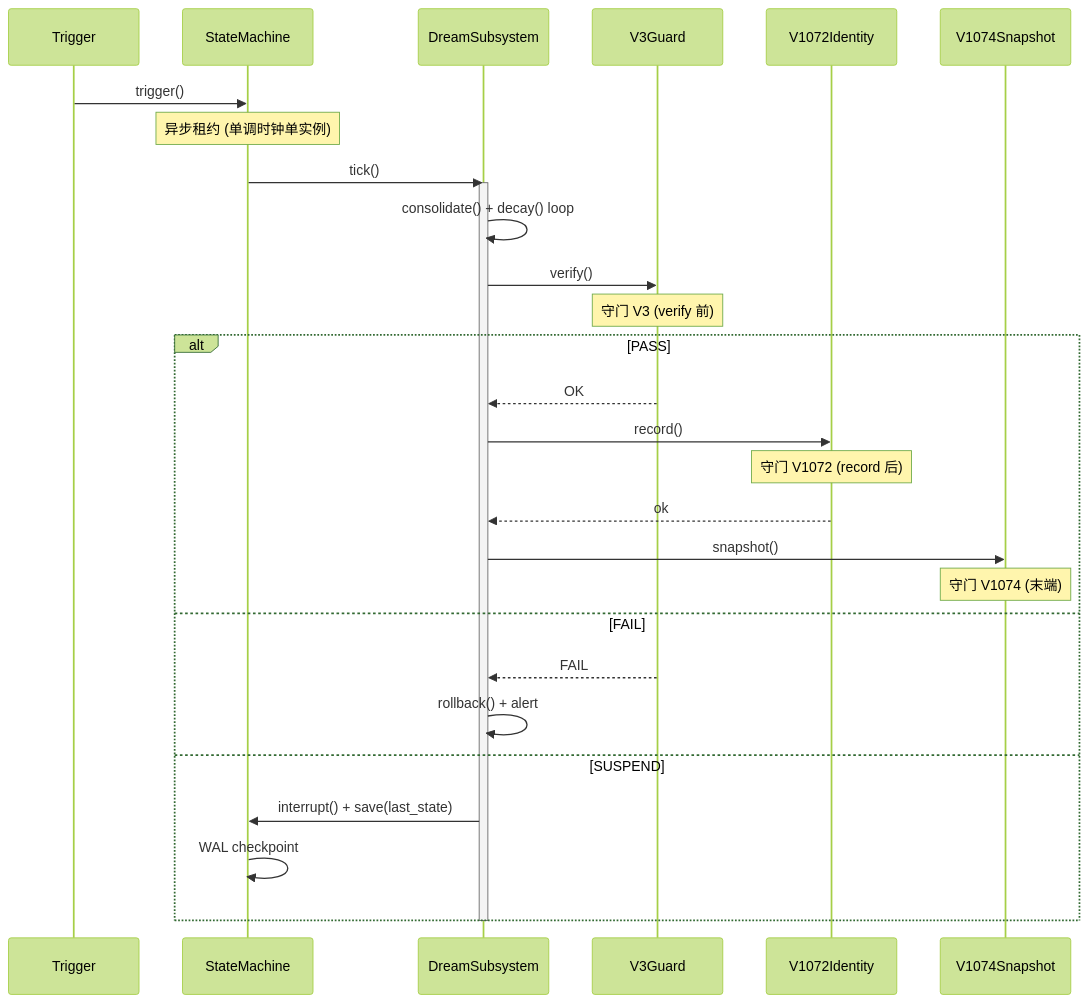
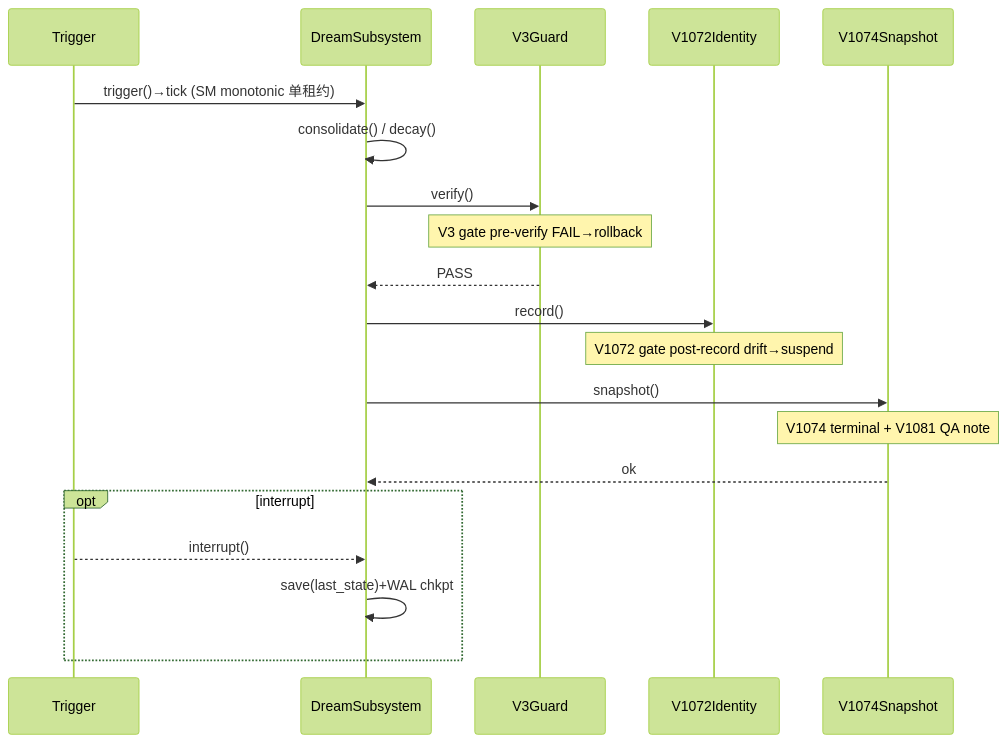
Before and after one commit to Apeireth/Apeireth: the first of 3 diagrams in reports/r7-wf-02-sequence-diagrams.md, drawn with Mermaid (forest theme). The commit also changed other lines of this file and 190 other files, not shown here.

````diff
--- a/reports/r7-wf-02-sequence-diagrams.md
+++ b/reports/r7-wf-02-sequence-diagrams.md
@@ -7,31 +8,22 @@
 ```mermaid
 sequenceDiagram
     participant T as Trigger
-    participant SM as StateMachine
-    participant DS as DreamSubsystem
+    participant D as DreamSubsystem
     participant V3 as V3Guard
     participant I as V1072Identity
     participant S as V1074Snapshot
-    T->>SM: trigger()
-    Note over SM: 异步租约 (单调时钟单实例)
-    SM->>DS: tick()
-    activate DS
-    DS->>DS: consolidate() + decay() loop
-    DS->>V3: verify()
-    Note over V3: 守门 V3 (verify 前)
-    alt PASS
-        V3-->>DS: OK
-        DS->>I: record()
-        Note over I: 守门 V1072 (record 后)
-        I-->>DS: ok
-        DS->>S: snapshot()
-        Note over S: 守门 V1074 (末端)
-    else FAIL
-        V3-->>DS: FAIL
-        DS->>DS: rollback() + alert
-    else SUSPEND
-        DS->>SM: interrupt() + save(last_state)
-        SM->>SM: WAL checkpoint
+    T->>D: trigger()→tick (SM monotonic 单租约)
+    D->>D: consolidate() / decay()
+    D->>V3: verify()
+    Note over V3: V3 gate pre-verify FAIL→rollback
+    V3-->>D: PASS
+    D->>I: record()
+    Note over I: V1072 gate post-record drift→suspend
+    D->>S: snapshot()
+    Note over S: V1074 terminal + V1081 QA note
+    S-->>D: ok
+    opt interrupt
+        T-->>D: interrupt()
+        D->>D: save(last_state)+WAL chkpt
     end
-    deactivate DS
 ```
````
